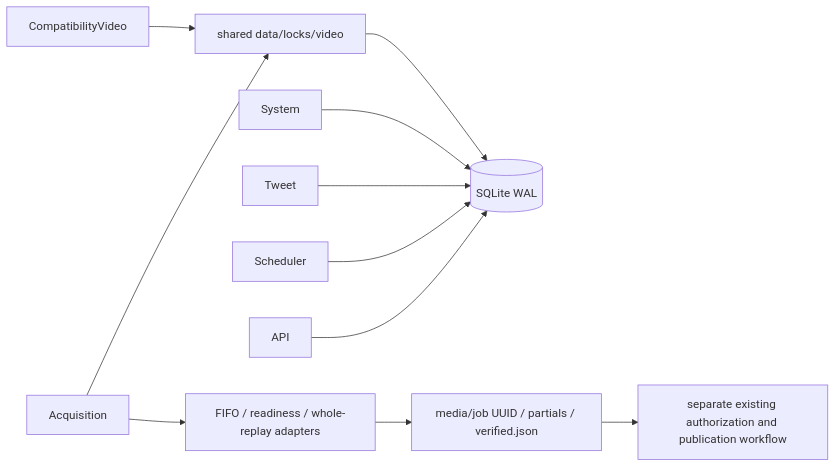
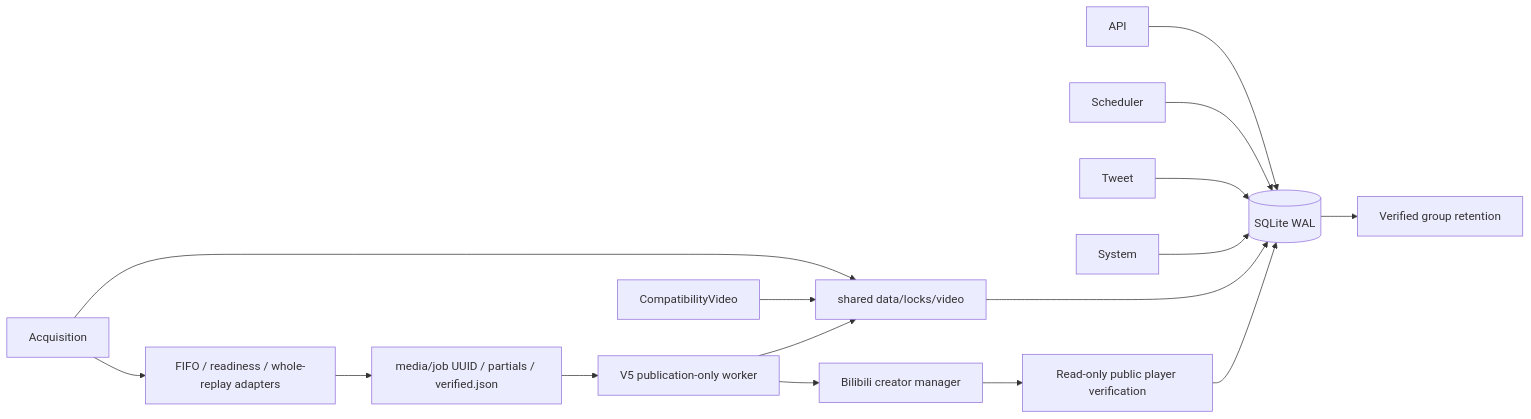
Before and after one commit to l15109514775-ai/lighthouse-automation-hub: the diagram in docs/video-worker-architecture-v2.md, drawn with Mermaid. The commit also changed other lines of this file and 5 other files, not shown here.

Commit message:
docs: verify both public replays and local retention on the migrated publisher

````diff
--- a/docs/video-worker-architecture-v2.md
+++ b/docs/video-worker-architecture-v2.md
@@ -22,13 +23,18 @@
 ```mermaid
 flowchart LR
   API --> DB[(SQLite WAL)]
   Scheduler --> DB
   Tweet --> DB
   System --> DB
   Acquisition --> VideoLock[shared data/locks/video]
   CompatibilityVideo --> VideoLock
   VideoLock --> DB
   Acquisition --> ExistingV4[FIFO / readiness / whole-replay adapters]
   ExistingV4 --> Files[media/job UUID / partials / verified.json]
-  Files --> ExistingPublication[separate existing authorization and publication workflow]
+  Files --> Publisher[V5 publication-only worker]
+  Publisher --> VideoLock
+  Publisher --> Manager[Bilibili creator manager]
+  Manager --> Lookup[Read-only public player verification]
+  Lookup --> DB
+  DB --> Retention[Verified group retention]
 ```
````
